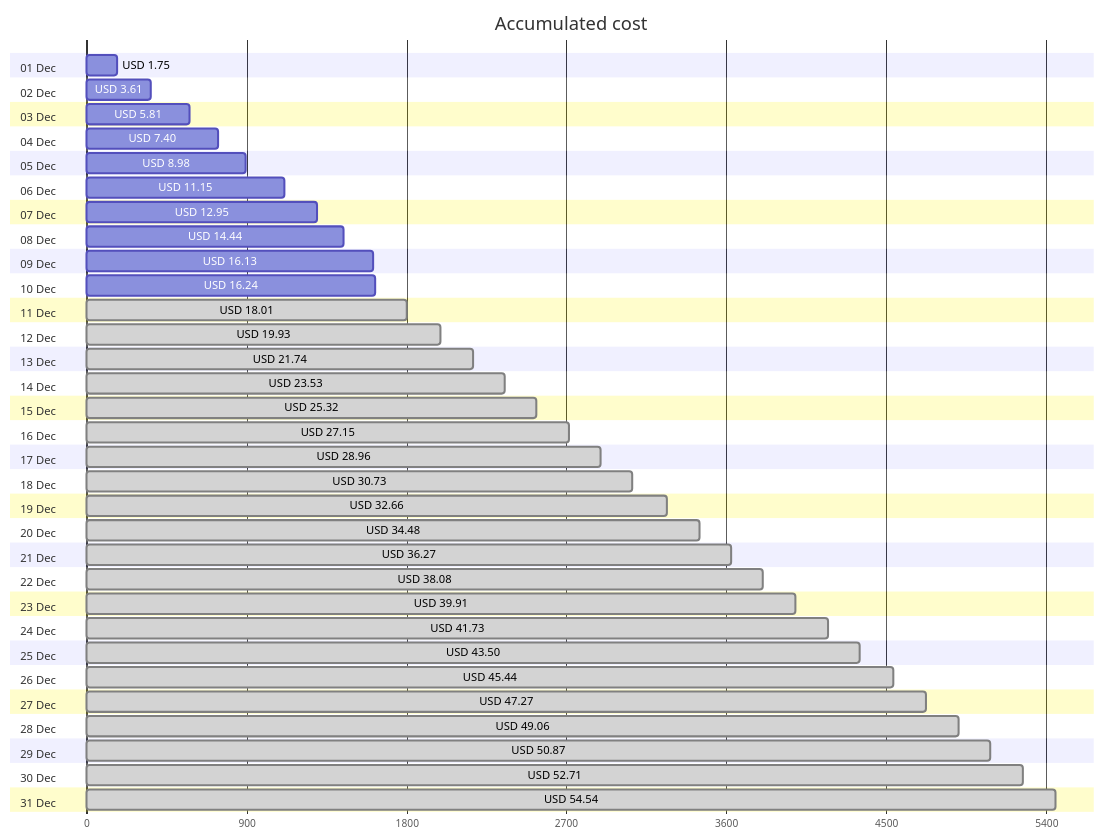
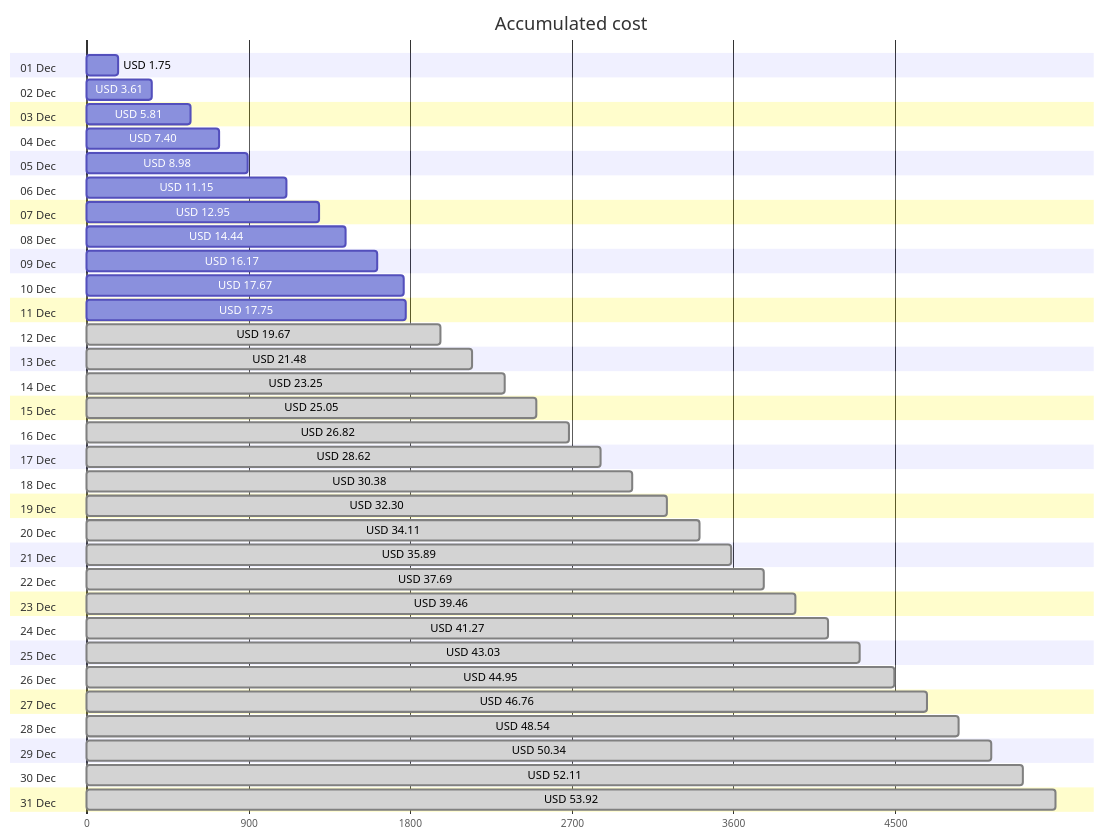
The first of 4 diagrams in cost-reports/personal-network/README.md (jpfulton/azure-personal-reports), drawn with Mermaid before and after one commit. The commit also changed other lines of this file and 8 other files, not shown here.

````diff
--- a/cost-reports/personal-network/README.md
+++ b/cost-reports/personal-network/README.md
@@ -20,68 +20,68 @@
 ```mermaid
 gantt
    title Accumulated cost
    dateFormat  X
    axisFormat %s
    section 01 Dec
    USD 1.75 :0, 175
    section 02 Dec
    USD 3.61 :0, 361
    section 03 Dec
    USD 5.81 :0, 581
    section 04 Dec
    USD 7.40 :0, 740
    section 05 Dec
    USD 8.98 :0, 898
    section 06 Dec
    USD 11.15 :0, 1115
    section 07 Dec
    USD 12.95 :0, 1295
    section 08 Dec
    USD 14.44 :0, 1444
    section 09 Dec
-   USD 16.13 :0, 1613
+   USD 16.17 :0, 1617
    section 10 Dec
-   USD 16.24 :0, 1624
+   USD 17.67 :0, 1767
    section 11 Dec
-   USD 18.01 : done, 0, 1801
+   USD 17.75 :0, 1775
    section 12 Dec
-   USD 19.93 : done, 0, 1993
+   USD 19.67 : done, 0, 1967
    section 13 Dec
-   USD 21.74 : done, 0, 2174
+   USD 21.48 : done, 0, 2148
    section 14 Dec
-   USD 23.53 : done, 0, 2353
+   USD 23.25 : done, 0, 2325
    section 15 Dec
-   USD 25.32 : done, 0, 2532
+   USD 25.05 : done, 0, 2505
    section 16 Dec
-   USD 27.15 : done, 0, 2715
+   USD 26.82 : done, 0, 2682
    section 17 Dec
-   USD 28.96 : done, 0, 2896
+   USD 28.62 : done, 0, 2862
    section 18 Dec
-   USD 30.73 : done, 0, 3073
+   USD 30.38 : done, 0, 3038
    section 19 Dec
-   USD 32.66 : done, 0, 3266
+   USD 32.30 : done, 0, 3230
    section 20 Dec
-   USD 34.48 : done, 0, 3448
+   USD 34.11 : done, 0, 3411
    section 21 Dec
-   USD 36.27 : done, 0, 3627
+   USD 35.89 : done, 0, 3589
    section 22 Dec
-   USD 38.08 : done, 0, 3808
+   USD 37.69 : done, 0, 3769
    section 23 Dec
-   USD 39.91 : done, 0, 3991
+   USD 39.46 : done, 0, 3946
    section 24 Dec
-   USD 41.73 : done, 0, 4173
+   USD 41.27 : done, 0, 4127
    section 25 Dec
-   USD 43.50 : done, 0, 4350
+   USD 43.03 : done, 0, 4303
    section 26 Dec
-   USD 45.44 : done, 0, 4544
+   USD 44.95 : done, 0, 4495
    section 27 Dec
-   USD 47.27 : done, 0, 4727
+   USD 46.76 : done, 0, 4676
    section 28 Dec
-   USD 49.06 : done, 0, 4906
+   USD 48.54 : done, 0, 4854
    section 29 Dec
-   USD 50.87 : done, 0, 5087
+   USD 50.34 : done, 0, 5034
    section 30 Dec
-   USD 52.71 : done, 0, 5271
+   USD 52.11 : done, 0, 5211
    section 31 Dec
-   USD 54.54 : done, 0, 5454
+   USD 53.92 : done, 0, 5392
 ```
````
